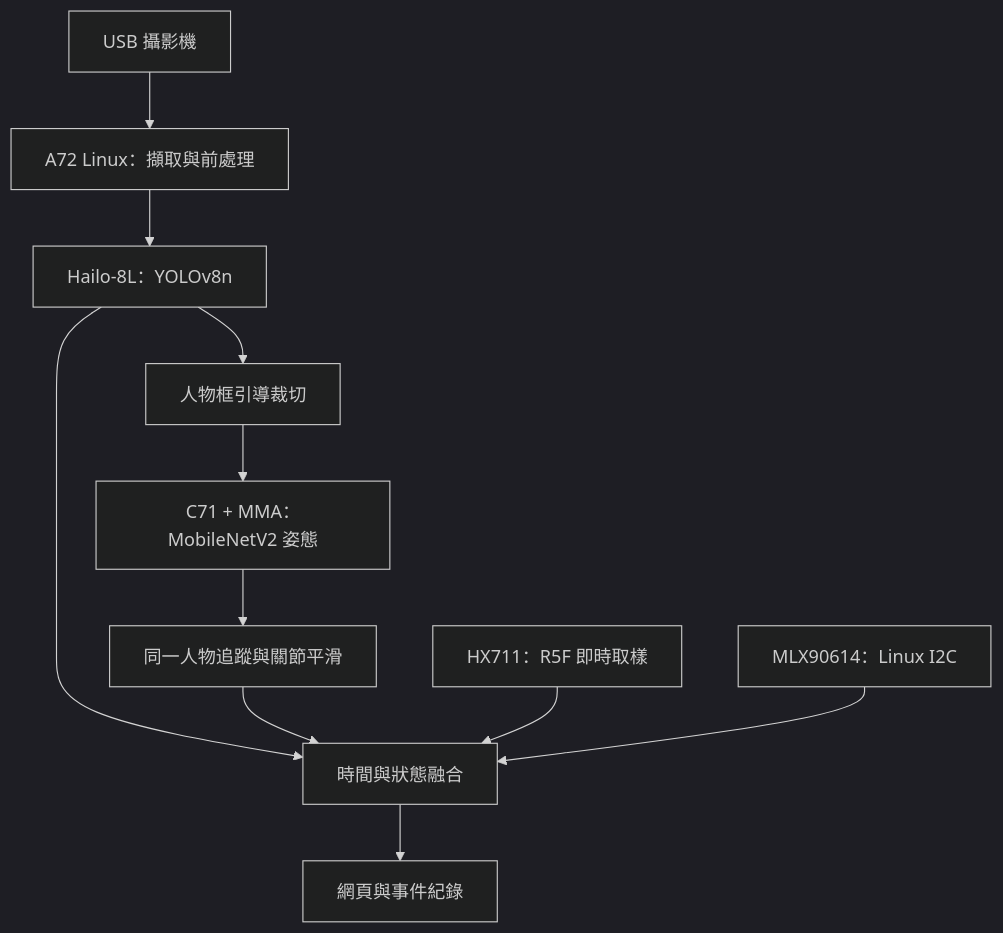
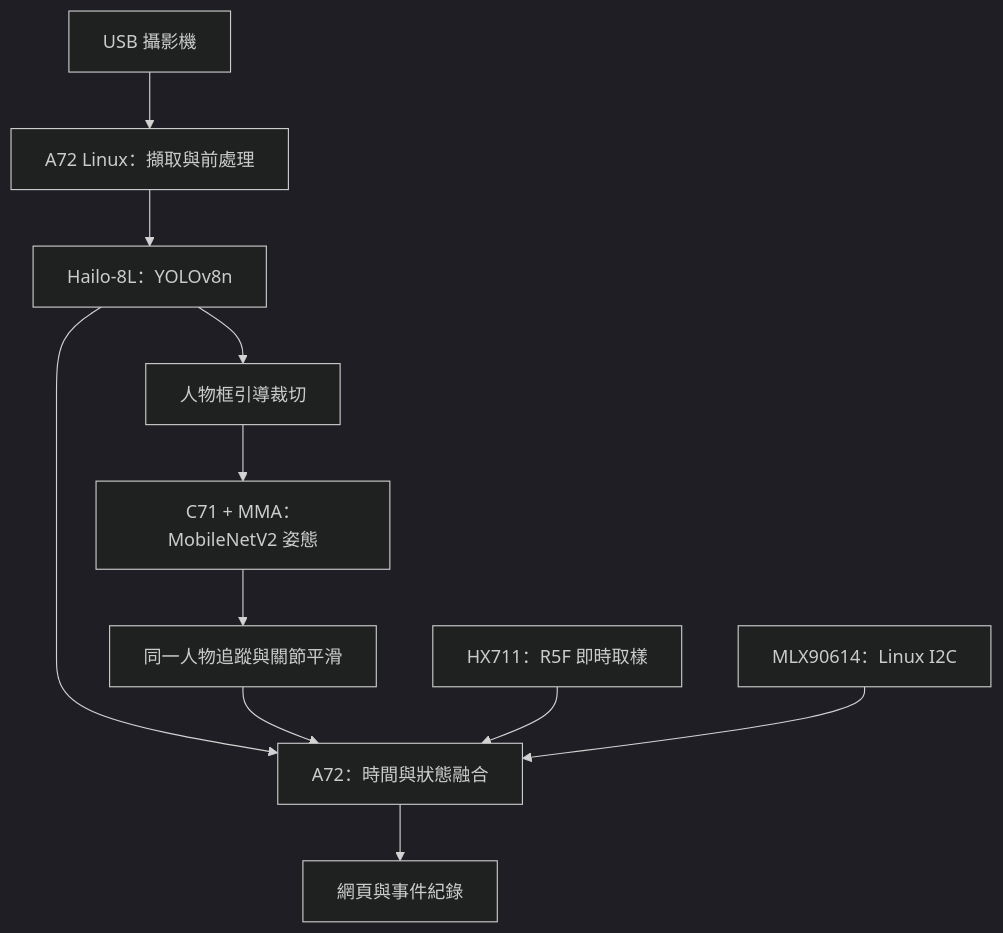
One commit to fan-gu-hao/beaglebone-ai64-hailo8l-heterogeneous-multicore-dual-npu-dual-model-collaborative-inference changed the diagram in README.md. Above: the diagram before and after it, drawn with Mermaid (dark theme). The commit also changed other lines of this file and 1 other file, not shown here.

````diff
--- a/README.md
+++ b/README.md
@@ -43,13 +43,13 @@
 ```mermaid
 flowchart TD
     Cam["USB 攝影機"] --> Host["A72 Linux：擷取與前處理"]
     Host --> Hailo["Hailo-8L：YOLOv8n"]
     Hailo --> Crop["人物框引導裁切"]
     Crop --> TI["C71 + MMA：MobileNetV2 姿態"]
-    Hailo --> Fusion["時間與狀態融合"]
+    Hailo --> Fusion["A72：時間與狀態融合"]
     TI --> Smooth["同一人物追蹤與關節平滑"]
     Smooth --> Fusion
     Load["HX711：R5F 即時取樣"] --> Fusion
     Temp["MLX90614：Linux I2C"] --> Fusion
     Fusion --> Web["網頁與事件紀錄"]
 ```
````
